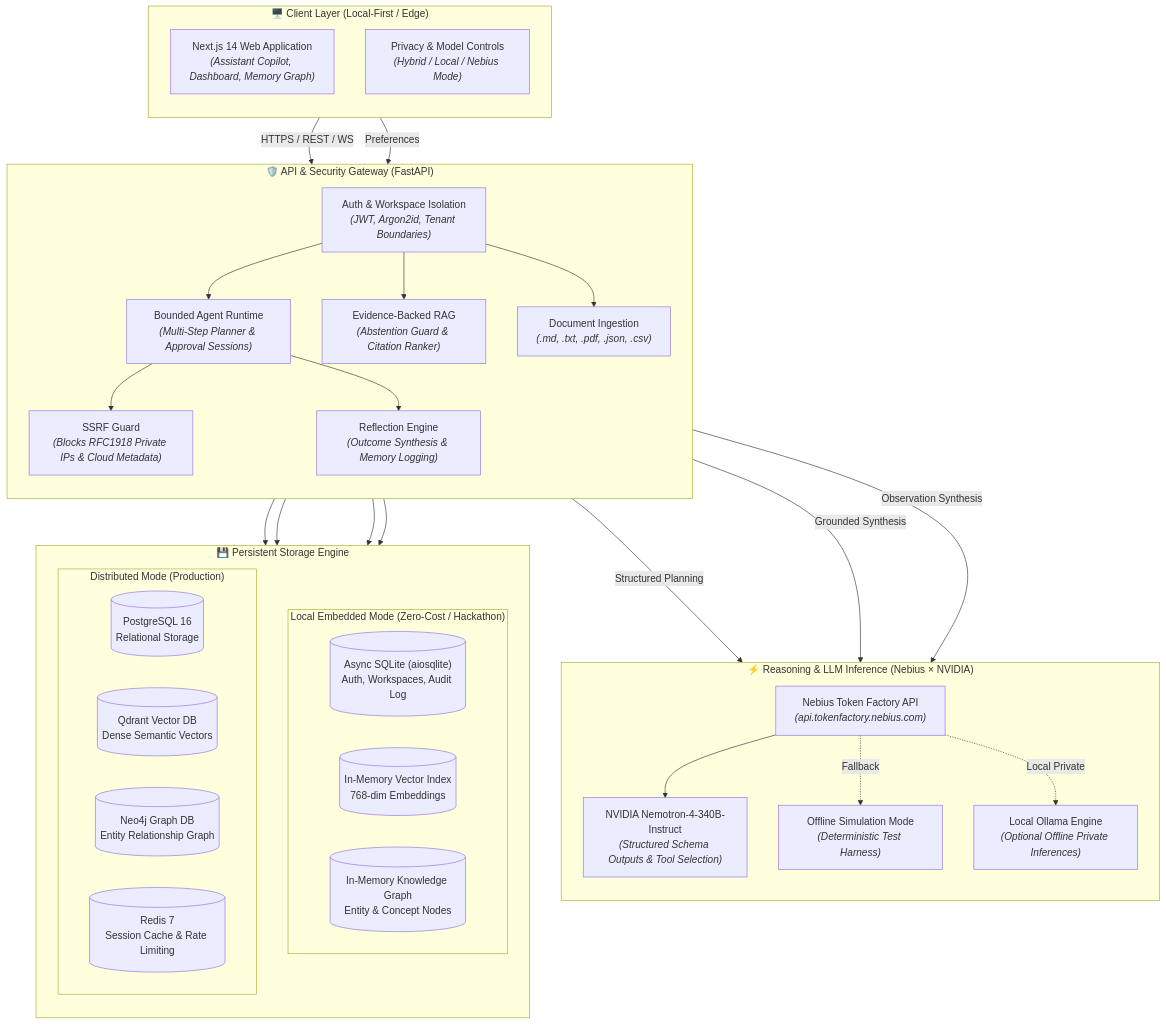
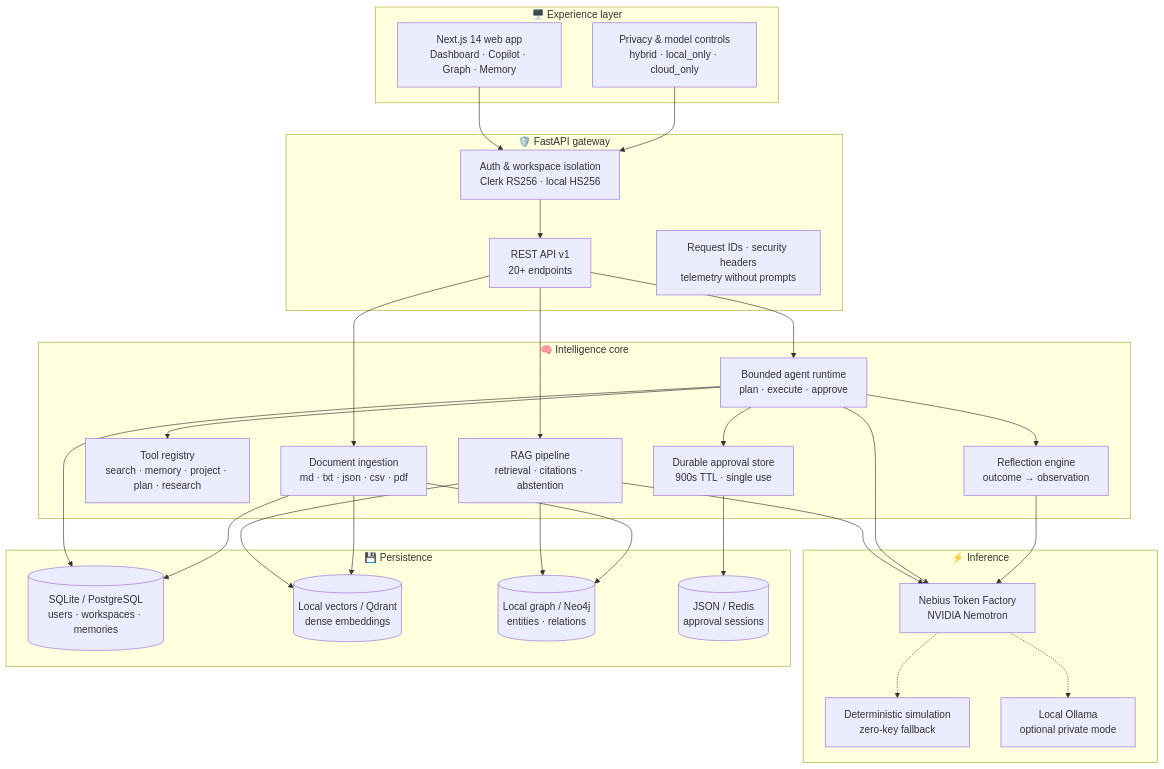
One commit to ManyaS-Git/synapseos changed the first of 4 diagrams in README.md. Above: the diagram before and after it, drawn with Mermaid. The commit also changed other lines of this file and 3 other files, not shown here.

Commit message:
docs: rebuild README with architecture diagrams, screenshots, and verified benchmarks

````diff
--- a/README.md
+++ b/README.md
@@ -87,66 +137,57 @@
 ```mermaid
 flowchart TB
-    subgraph ClientLayer["🖥️ Client Layer (Local-First / Edge)"]
-        direction TB
-        WebApp["Next.js 14 Web Application<br/><i>(Assistant Copilot, Dashboard, Memory Graph)</i>"]
-        Controls["Privacy & Model Controls<br/><i>(Hybrid / Local / Nebius Mode)</i>"]
+    subgraph Client["🖥️ Experience layer"]
+        Web["Next.js 14 web app<br/>Dashboard · Copilot · Graph · Memory"]
+        Controls["Privacy & model controls<br/>hybrid · local_only · cloud_only"]
     end
 
-    subgraph GatewayLayer["🛡️ API & Security Gateway (FastAPI)"]
-        direction TB
-        AuthService["Auth & Workspace Isolation<br/><i>(JWT, Argon2id, Tenant Boundaries)</i>"]
-        AgentRuntime["Bounded Agent Runtime<br/><i>(Multi-Step Planner & Approval Sessions)</i>"]
-        RAGPipeline["Evidence-Backed RAG<br/><i>(Abstention Guard & Citation Ranker)</i>"]
-        ReflectionEngine["Reflection Engine<br/><i>(Outcome Synthesis & Memory Logging)</i>"]
-        SSRFGuard["SSRF Guard<br/><i>(Blocks RFC1918 Private IPs & Cloud Metadata)</i>"]
-        DocIngest["Document Ingestion<br/><i>(.md, .txt, .pdf, .json, .csv)</i>"]
+    subgraph Gateway["🛡️ FastAPI gateway"]
+        Auth["Auth & workspace isolation<br/>Clerk RS256 · local HS256"]
+        API["REST API v1<br/>20+ endpoints"]
+        Obs["Request IDs · security headers<br/>telemetry without prompts"]
     end
 
-    subgraph InferenceLayer["⚡ Reasoning & LLM Inference (Nebius × NVIDIA)"]
-        direction TB
-        NebiusGateway["Nebius Token Factory API<br/><i>(api.tokenfactory.nebius.com)</i>"]
-        NemotronModel["NVIDIA Nemotron-4-340B-Instruct<br/><i>(Structured Schema Outputs & Tool Selection)</i>"]
-        SimEngine["Offline Simulation Mode<br/><i>(Deterministic Test Harness)</i>"]
-        OllamaEngine["Local Ollama Engine<br/><i>(Optional Offline Private Inferences)</i>"]
+    subgraph Core["🧠 Intelligence core"]
+        RAG["RAG pipeline<br/>retrieval · citations · abstention"]
+        Agent["Bounded agent runtime<br/>plan · execute · approve"]
+        Tools["Tool registry<br/>search · memory · project · plan · research"]
+        Approval["Durable approval store<br/>900s TTL · single use"]
+        Reflection["Reflection engine<br/>outcome → observation"]
+        Ingest["Document ingestion<br/>md · txt · json · csv · pdf"]
     end
 
-    subgraph StorageLayer["💾 Persistent Storage Engine"]
-        direction TB
-        subgraph EmbeddedMode["Local Embedded Mode (Zero-Cost / Hackathon)"]
-            SQLiteDB[("Async SQLite (aiosqlite)<br/>Auth, Workspaces, Audit Log")]
-            LocalVector[("In-Memory Vector Index<br/>768-dim Embeddings")]
-            LocalGraph[("In-Memory Knowledge Graph<br/>Entity & Concept Nodes")]
-        end
-        subgraph DistributedMode["Distributed Mode (Production)"]
-            PostgreSQL[("PostgreSQL 16<br/>Relational Storage")]
-            QdrantDB[("Qdrant Vector DB<br/>Dense Semantic Vectors")]
-            Neo4jDB[("Neo4j Graph DB<br/>Entity Relationship Graph")]
-            RedisCache[("Redis 7<br/>Session Cache & Rate Limiting")]
-        end
+    subgraph Inference["⚡ Inference"]
+        Nebius["Nebius Token Factory<br/>NVIDIA Nemotron"]
+        Sim["Deterministic simulation<br/>zero-key fallback"]
+        Local["Local Ollama<br/>optional private mode"]
     end
 
-    %% Client to Gateway
-    WebApp -->|HTTPS / REST / WS| AuthService
-    Controls -->|Preferences| AuthService
-    AuthService --> AgentRuntime
-    AuthService --> RAGPipeline
-    AuthService --> DocIngest
+    subgraph Storage["💾 Persistence"]
+        SQL[("SQLite / PostgreSQL<br/>users · workspaces · memories")]
+        Vec[("Local vectors / Qdrant<br/>dense embeddings")]
+        Graph[("Local graph / Neo4j<br/>entities · relations")]
+        Session[("JSON / Redis<br/>approval sessions")]
+    end
 
-    %% Gateway to Security & Internal Modules
-    AgentRuntime --> SSRFGuard
-    AgentRuntime --> ReflectionEngine
-
-    %% Gateway to Inference
-    AgentRuntime -->|Structured Planning| NebiusGateway
-    RAGPipeline -->|Grounded Synthesis| NebiusGateway
-    ReflectionEngine -->|Observation Synthesis| NebiusGateway
-    NebiusGateway --> NemotronModel
-    NebiusGateway -.->|Fallback| SimEngine
-    NebiusGateway -.->|Local Private| OllamaEngine
-
-    %% Gateway to Storage
-    DocIngest --> StorageLayer
-    RAGPipeline --> StorageLayer
-    AgentRuntime --> StorageLayer
-    ReflectionEngine --> StorageLayer
+    Web --> Auth
+    Controls --> Auth
+    Auth --> API
+    API --> RAG
+    API --> Agent
+    API --> Ingest
+    Agent --> Tools
+    Agent --> Approval
+    Agent --> Reflection
+    RAG --> Nebius
+    Agent --> Nebius
+    Reflection --> Nebius
+    Nebius -.-> Sim
+    Nebius -.-> Local
+    RAG --> Vec
+    RAG --> Graph
+    Agent --> SQL
+    Ingest --> SQL
+    Ingest --> Vec
+    Ingest --> Graph
+    Approval --> Session
 ```
````
